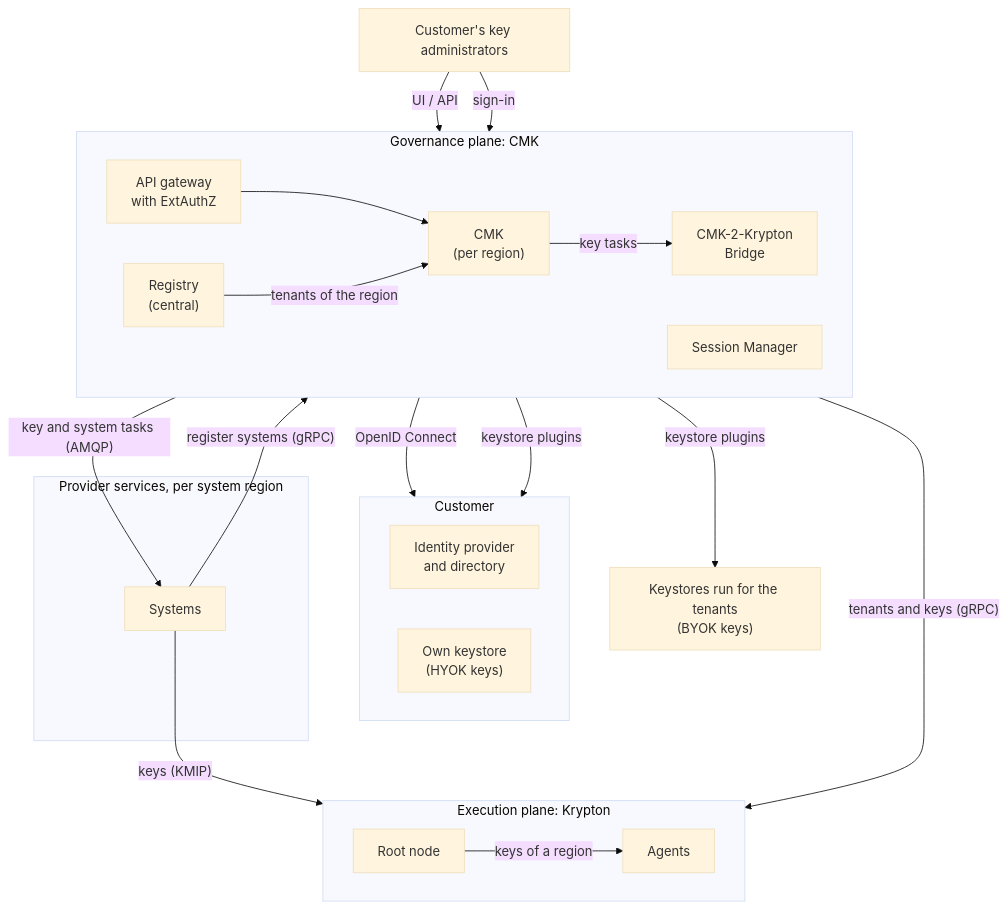
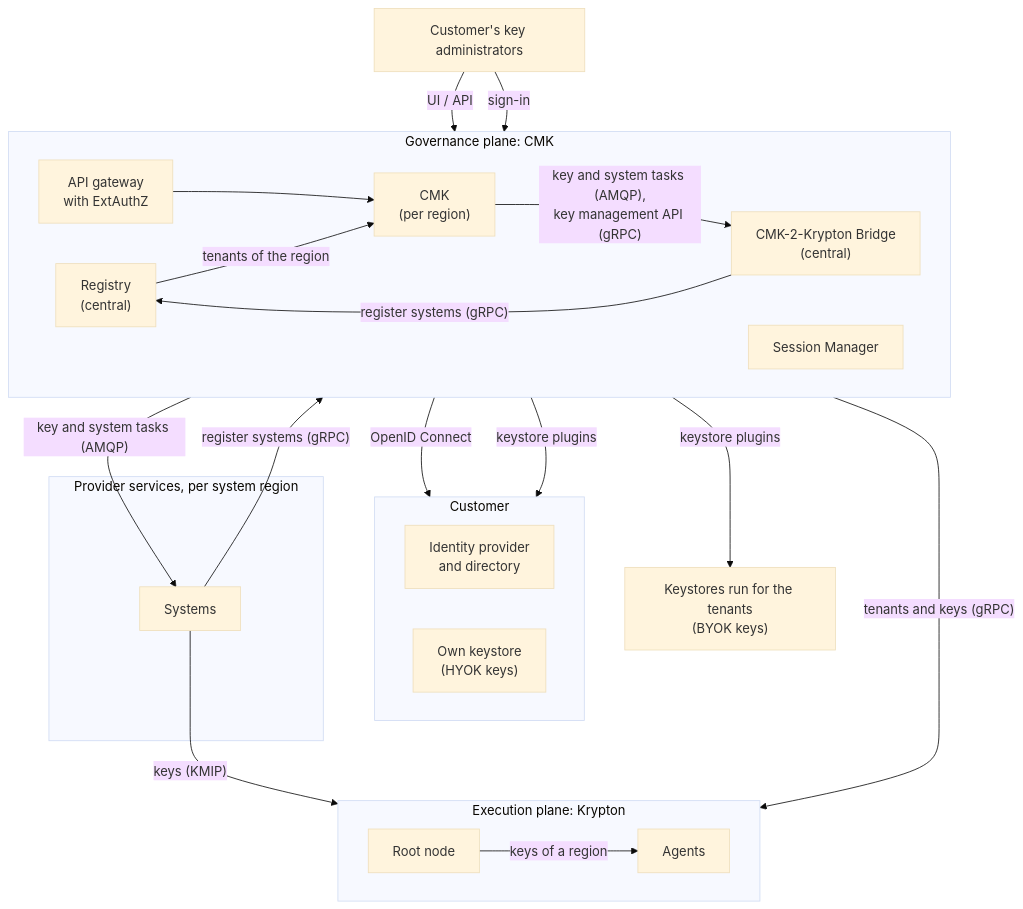
Before and after one commit to openkcm/openkcm.github.io: the diagram in docs/architecture/index.md, drawn with Mermaid (base theme). The commit also changed other lines of this file and 15 other files, not shown here.

````diff
--- a/docs/architecture/index.md
+++ b/docs/architecture/index.md
@@ -41,38 +41,39 @@
 ```mermaid
 flowchart TB
     subgraph Customer["Customer"]
         direction LR
         IdP["Identity provider<br/>and directory"]
         OKS["Own keystore<br/>(HYOK keys)"]
     end
     subgraph Gov["Governance plane: CMK"]
         direction LR
         REG["Registry<br/>(central)"]
         GW["API gateway<br/>with ExtAuthZ"]
         SM["Session Manager"]
         CMK["CMK<br/>(per region)"]
-        BR["CMK-2-Krypton<br/>Bridge"]
+        BR["CMK-2-Krypton Bridge<br/>(central)"]
     end
     PKS["Keystores run for the tenants<br/>(BYOK keys)"]
     subgraph Exec["Execution plane: Krypton"]
         direction LR
         KR["Root node"]
         AG["Agents"]
     end
     subgraph Svc["Provider services, per system region"]
         SYS["Systems"]
     end
     U["Customer's key administrators"] -- "UI / API" --> GW
     GW --> CMK
     U -- "sign-in" --> SM
     SM -- "OpenID Connect" --> IdP
     REG -- "tenants of the region" --> CMK
     CMK -- "keystore plugins" --> OKS
     CMK -- "keystore plugins" --> PKS
     CMK -- "key and system tasks (AMQP)" --> SYS
     SYS -- "register systems (gRPC)" --> REG
-    CMK -- "key tasks" --> BR
+    CMK -- "key and system tasks (AMQP),<br/>key management API (gRPC)" --> BR
+    BR -- "register systems (gRPC)" --> REG
     BR -- "tenants and keys (gRPC)" --> KR
     KR -- "keys of a region" --> AG
     SYS -- "keys (KMIP)" --> KR
 ```
````
